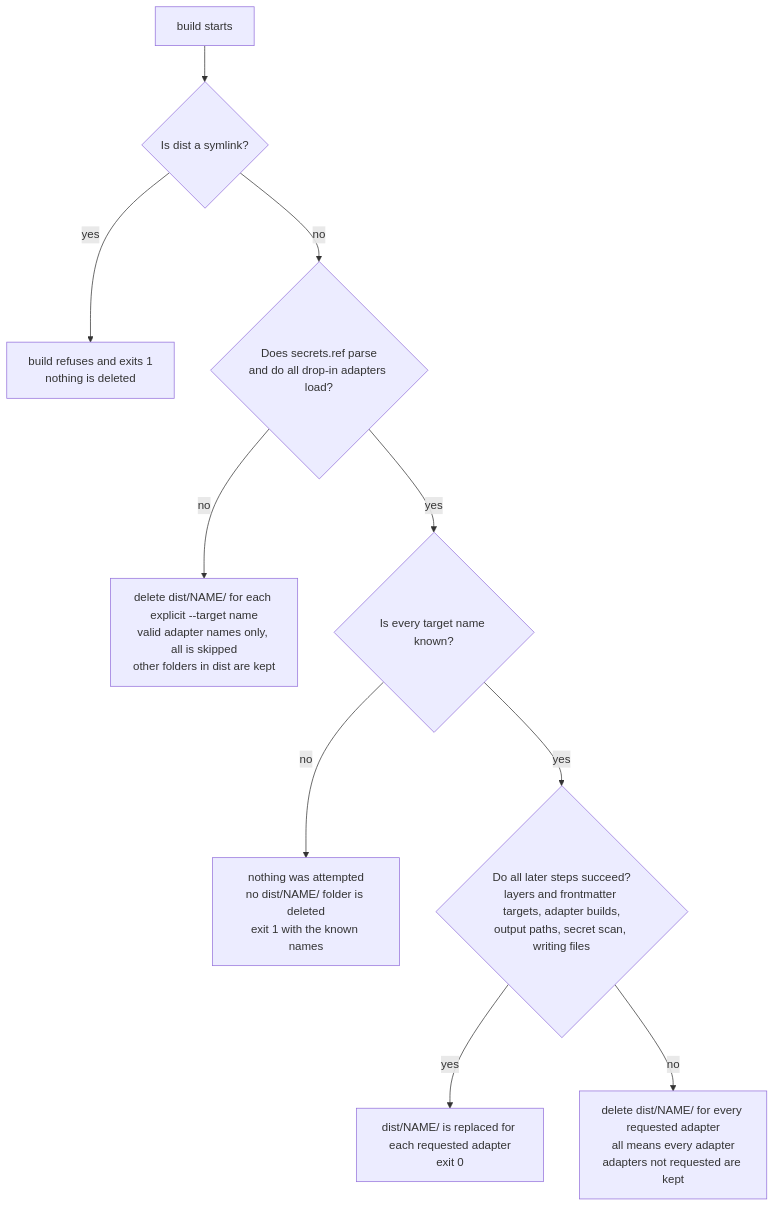
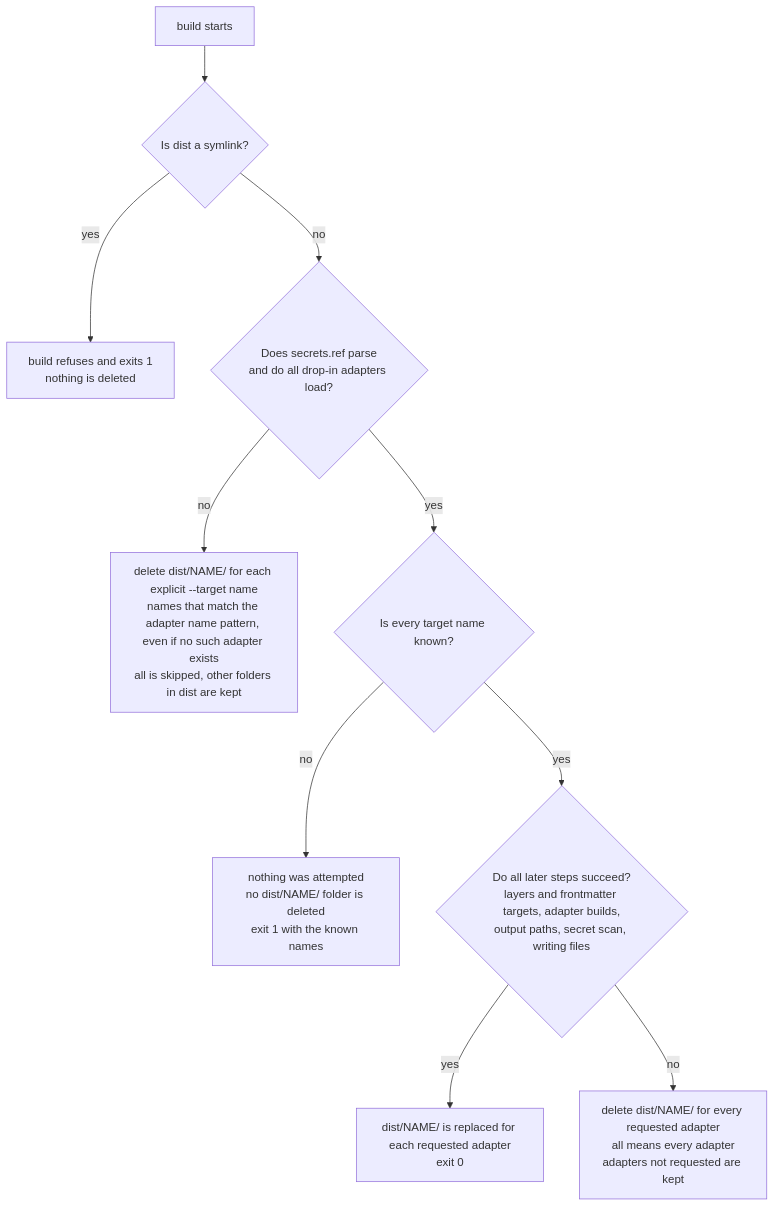
Before and after one commit to suryast/agent-dotenv: the second of 2 diagrams in docs/security.md, drawn with Mermaid. The commit also changed other lines of this file and 1 other file, not shown here.

Commit message:
docs: correct two diagram labels

````diff
--- a/docs/security.md
+++ b/docs/security.md
@@ -103,12 +103,12 @@
 ```mermaid
 flowchart TD
   RUN["build starts"] --> LINK{"Is dist a symlink?"}
   LINK -- "yes" --> REFUSE["build refuses and exits 1<br/>nothing is deleted"]
   LINK -- "no" --> PRE{"Does secrets.ref parse<br/>and do all drop-in adapters load?"}
-  PRE -- "no" --> NAMED["delete dist/NAME/ for each explicit --target name<br/>valid adapter names only, all is skipped<br/>other folders in dist are kept"]
+  PRE -- "no" --> NAMED["delete dist/NAME/ for each explicit --target name<br/>names that match the adapter name pattern, even if no such adapter exists<br/>all is skipped, other folders in dist are kept"]
   PRE -- "yes" --> KNOWN{"Is every target name known?"}
   KNOWN -- "no" --> NONE["nothing was attempted<br/>no dist/NAME/ folder is deleted<br/>exit 1 with the known names"]
   KNOWN -- "yes" --> LATER{"Do all later steps succeed?<br/>layers and frontmatter targets, adapter builds,<br/>output paths, secret scan, writing files"}
   LATER -- "yes" --> OK["dist/NAME/ is replaced for each requested adapter<br/>exit 0"]
   LATER -- "no" --> ALLREQ["delete dist/NAME/ for every requested adapter<br/>all means every adapter<br/>adapters not requested are kept"]
 ```
````
